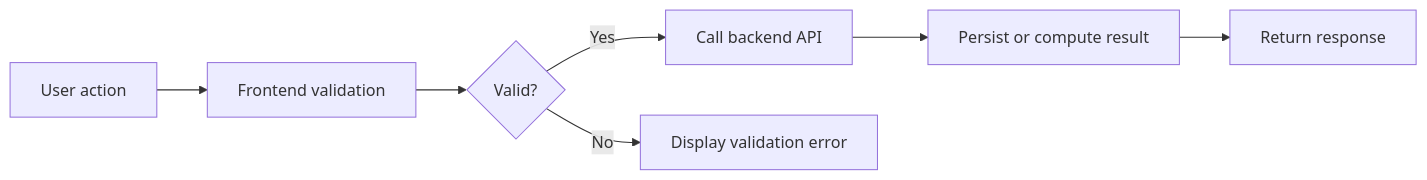
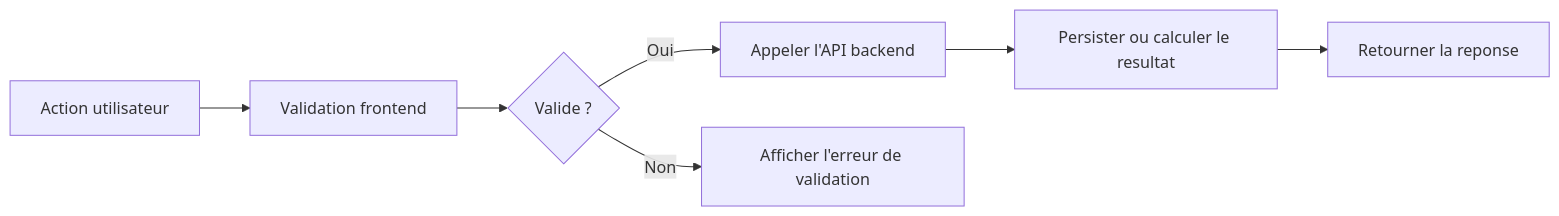
The fourth of 4 diagrams in skills/story-architecture-diagram/SKILL.md (tomsoulage-dedalus/presc-workflows-tools), drawn with Mermaid before and after one commit. The commit also changed other lines of this file, not shown here.

````diff
--- a/skills/story-architecture-diagram/SKILL.md
+++ b/skills/story-architecture-diagram/SKILL.md
@@ -497,9 +516,9 @@
 ```mermaid
 flowchart LR
-  A[User action] --> B[Frontend validation]
-  B --> C{Valid?}
-  C -- Yes --> D[Call backend API]
-  C -- No --> E[Display validation error]
-  D --> F[Persist or compute result]
-  F --> G[Return response]
+  A[Action utilisateur] --> B[Validation frontend]
+  B --> C{Valide ?}
+  C -- Oui --> D[Appeler l'API backend]
+  C -- Non --> E[Afficher l'erreur de validation]
+  D --> F[Persister ou calculer le resultat]
+  F --> G[Retourner la reponse]
 ```
````
